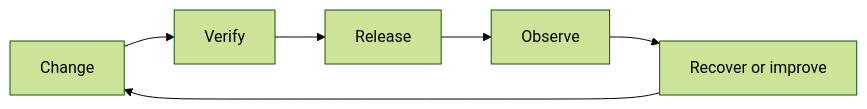
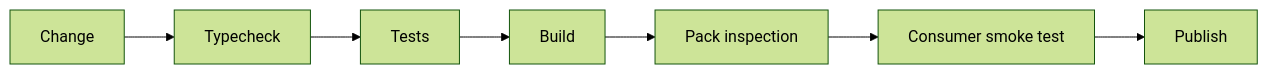
One commit to jeffersoncampos12p-dev/jeston changed the diagram in path/to/docs/operations/release-checks.mdx. Above: the diagram before and after it, drawn with Mermaid (forest theme). The commit also changed other lines of this file and 31 other files, not shown here.

````diff
--- a/path/to/docs/operations/release-checks.mdx
+++ b/path/to/docs/operations/release-checks.mdx
@@ -88,8 +51,9 @@
 ```mermaid placement="top-right"
 flowchart LR
-    change[Change] --> verify[Verify]
-    verify --> release[Release]
-    release --> observe[Observe]
-    observe --> recover[Recover or improve]
-    recover --> change
+    change[Change] --> types[Typecheck]
+    types --> tests[Tests]
+    tests --> build[Build]
+    build --> pack[Pack inspection]
+    pack --> consumer[Consumer smoke test]
+    consumer --> publish[Publish]
 ```
````
